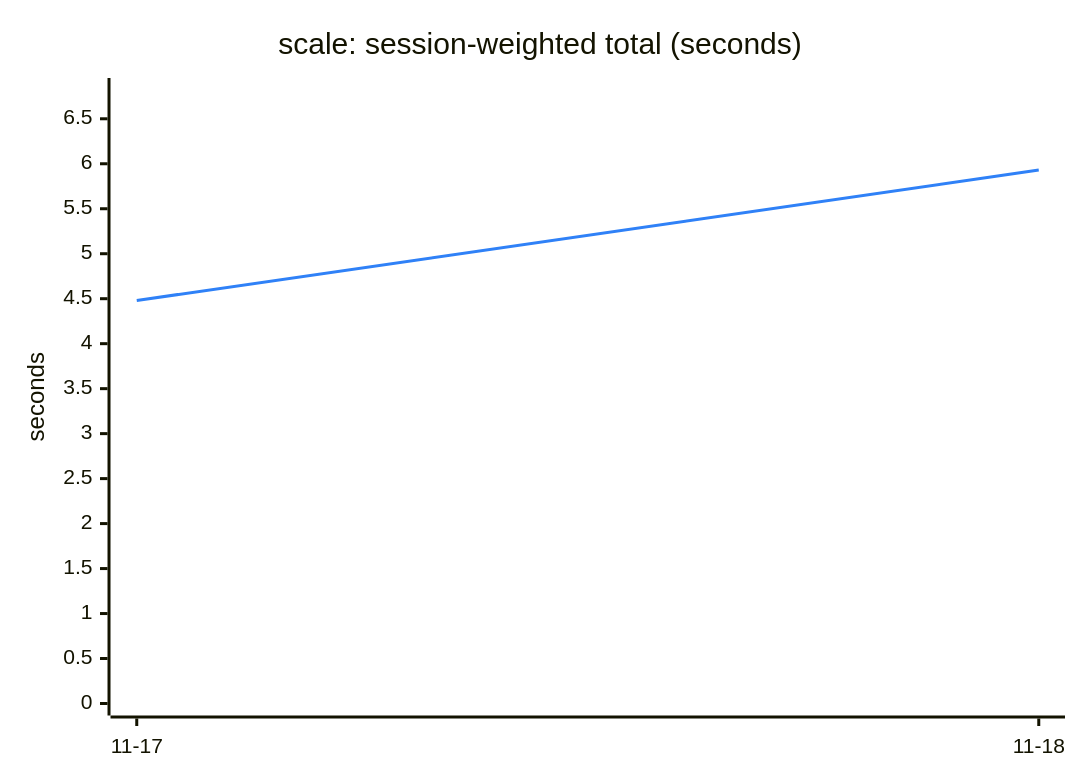
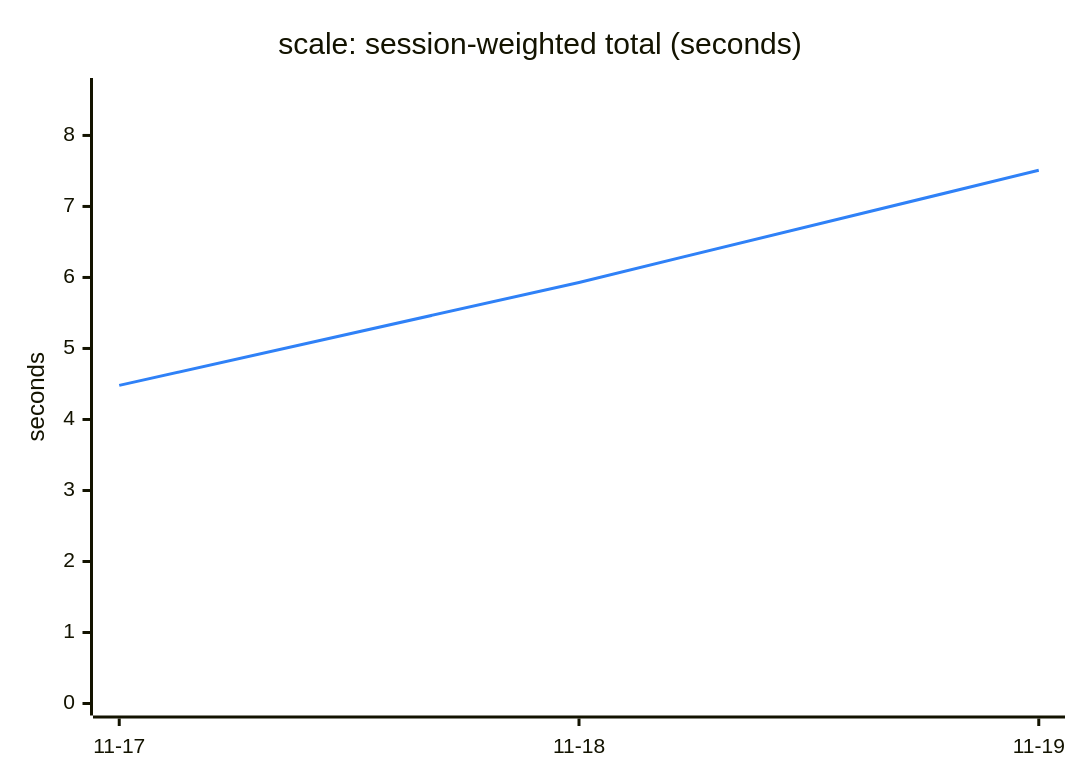
The third of 6 diagrams in TREND.md (Ricovl/mxcli), drawn with Mermaid before and after one commit. The commit also changed other lines of this file and 2 other files, not shown here.

````diff
--- a/TREND.md
+++ b/TREND.md
@@ -83,13 +83,13 @@
 ```mermaid
 ---
 config:
   themeVariables:
     xyChart:
       plotColorPalette: "#2f81f7"
 ---
 xychart-beta
     title "scale: session-weighted total (seconds)"
-    x-axis ["11-17", "11-18"]
-    y-axis "seconds" 0 --> 6.82
-    line [4.48, 5.93]
+    x-axis ["11-17", "11-18", "11-19"]
+    y-axis "seconds" 0 --> 8.64
+    line [4.48, 5.93, 7.51]
 ```
````
